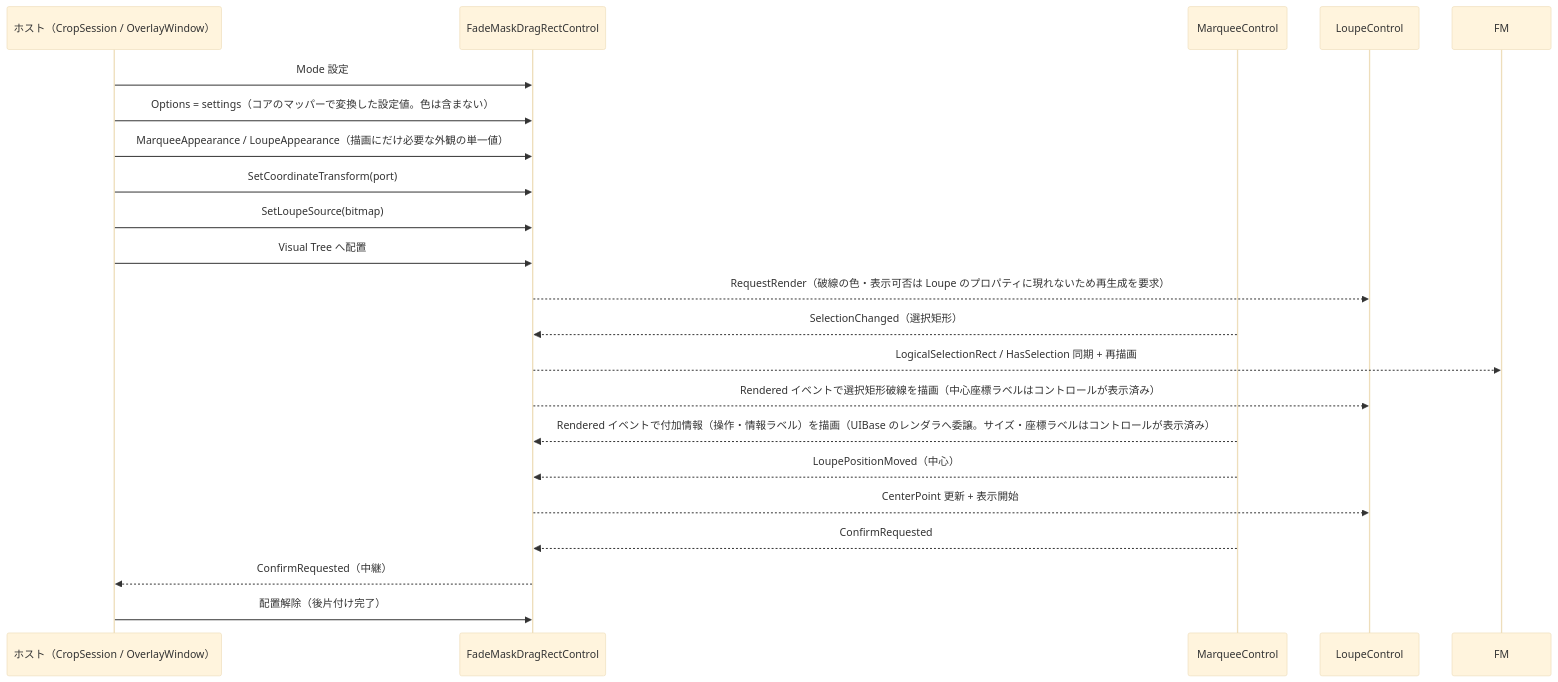
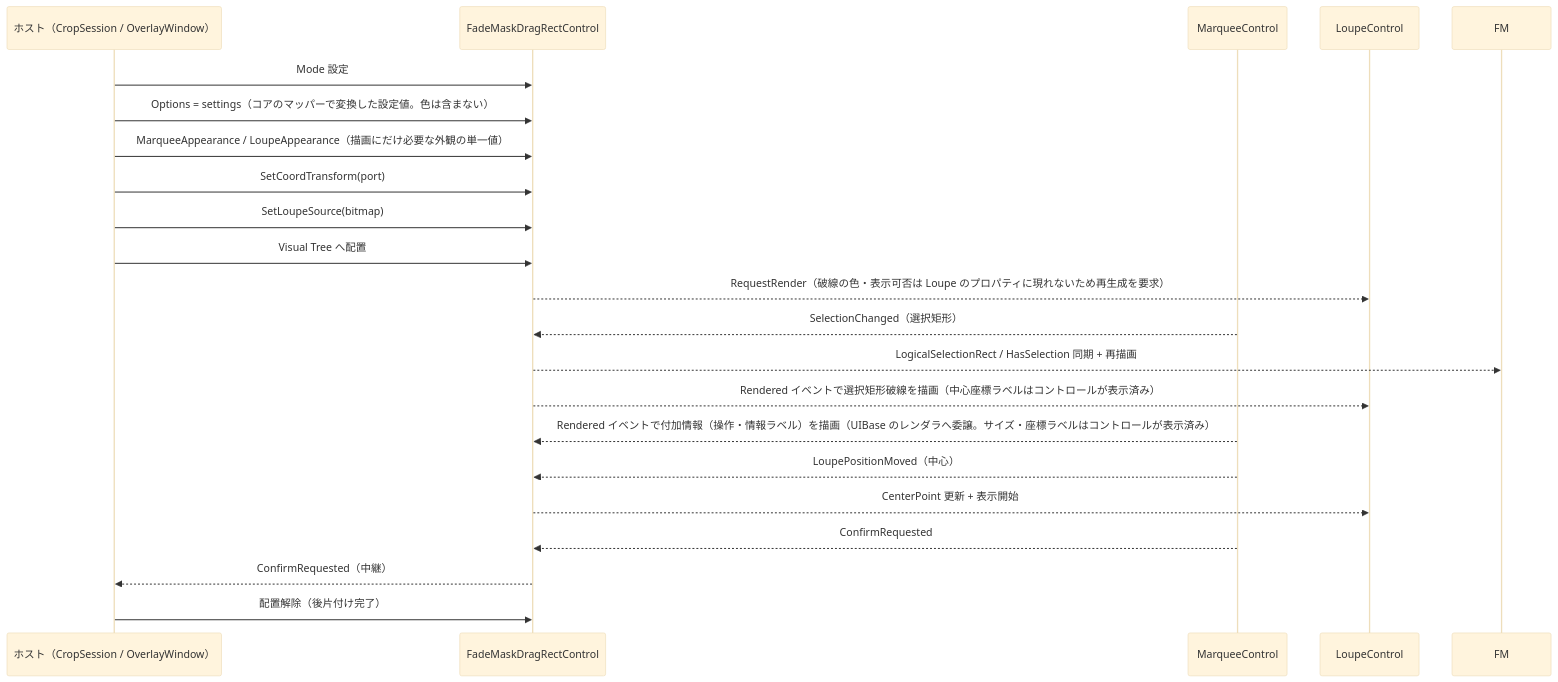
Before and after one commit to tomokuni/SaveEvidence: the second of 2 diagrams in src/FadeMaskDragRectControl.AvaloniaUI/SPEC_System.md, drawn with Mermaid (base theme). The commit also changed other lines of this file and 110 other files, not shown here.

````diff
--- a/src/FadeMaskDragRectControl.AvaloniaUI/SPEC_System.md
+++ b/src/FadeMaskDragRectControl.AvaloniaUI/SPEC_System.md
@@ -179,25 +179,25 @@
 ```mermaid
 sequenceDiagram
     participant H as ホスト（CropSession / OverlayWindow）
     participant C as FadeMaskDragRectControl
     participant DR as MarqueeControl
     
     participant LC as LoupeControl
 
     H->>C: Mode 設定
     H->>C: Options = settings（コアのマッパーで変換した設定値。色は含まない）
     H->>C: MarqueeAppearance / LoupeAppearance（描画にだけ必要な外観の単一値）
-    H->>C: SetCoordinateTransform(port)
+    H->>C: SetCoordTransform(port)
     H->>C: SetLoupeSource(bitmap)
     H->>C: Visual Tree へ配置
     C-->>LC: RequestRender（破線の色・表示可否は Loupe のプロパティに現れないため再生成を要求）
     DR-->>C: SelectionChanged（選択矩形）
     C-->>FM: LogicalSelectionRect / HasSelection 同期 + 再描画
     C-->>LC: Rendered イベントで選択矩形破線を描画（中心座標ラベルはコントロールが表示済み）
     DR-->>C: Rendered イベントで付加情報（操作・情報ラベル）を描画（UIBase のレンダラへ委譲。サイズ・座標ラベルはコントロールが表示済み）
     DR-->>C: LoupePositionMoved（中心）
     C-->>LC: CenterPoint 更新 + 表示開始
     DR-->>C: ConfirmRequested
     C-->>H: ConfirmRequested（中継）
     H->>C: 配置解除（後片付け完了）
 ```
````
